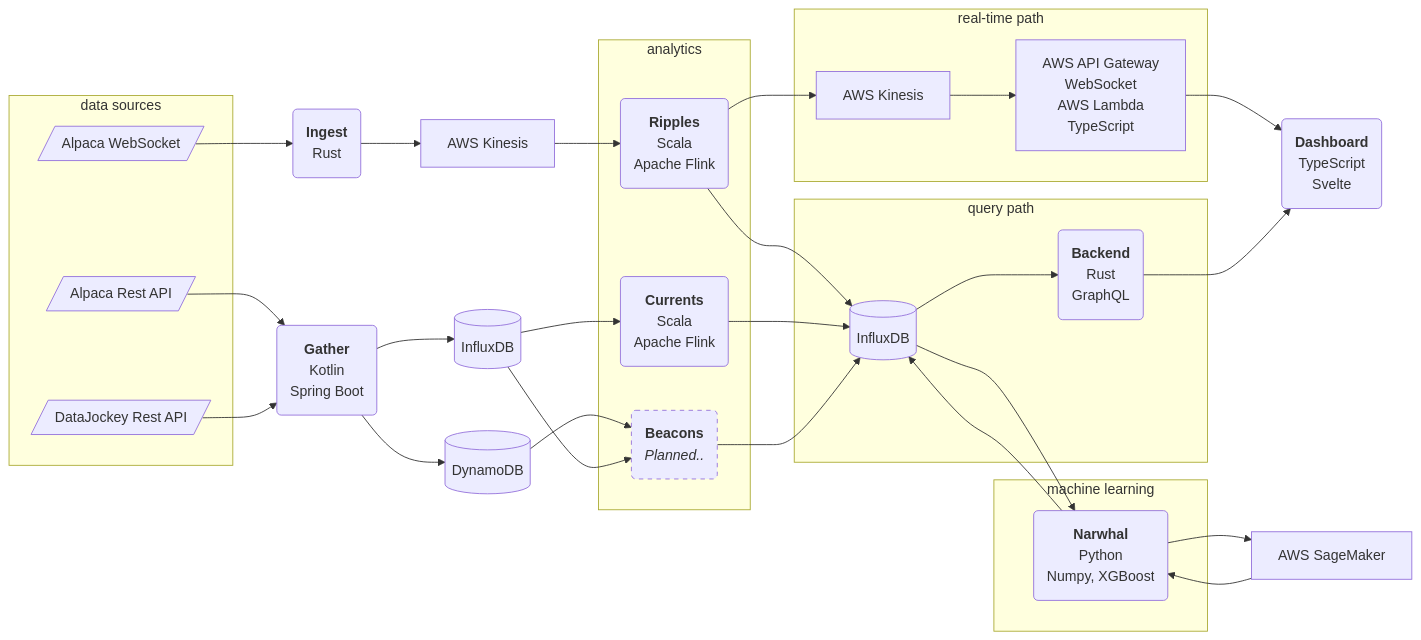
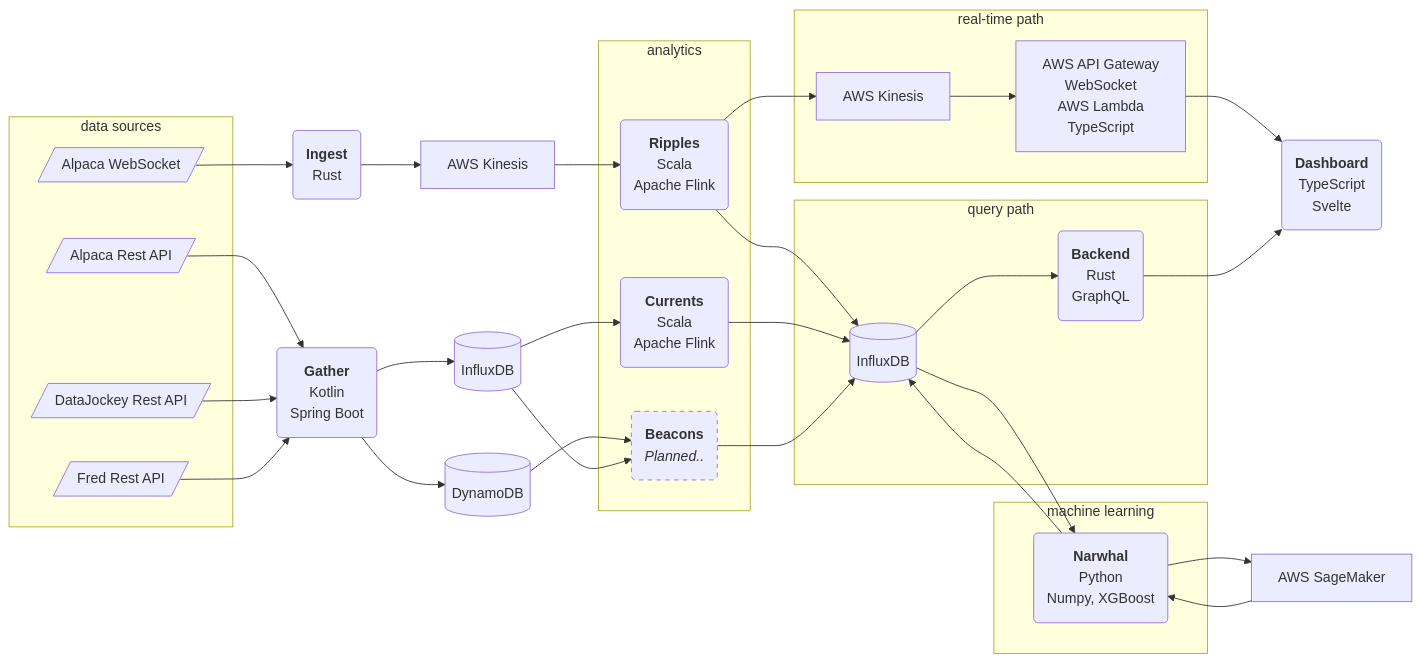
The diagram in readme.md (anzo-p/stream-lines), drawn with Mermaid before and after one commit. The commit also changed 1 other file, not shown here.

Commit message:
small readme additions

```diff
--- a/readme.md
+++ b/readme.md
@@ -9,6 +9,7 @@
   alpacaWebSocket[/"Alpaca WebSocket"/]
   alpacaRestApi[/"Alpaca Rest API"/]
   datajockeyRestApi[/"DataJockey Rest API"/]
+  fredRestApi[/"Fred Rest API"/]
 
   %% persistence
   influxdbUpstream[(InfluxDB)]
@@ -66,6 +67,7 @@
     alpacaWebSocket
     alpacaRestApi
     datajockeyRestApi
+    fredRestApi
   end
 
   alpacaWebSocket --> ingest
@@ -76,6 +78,7 @@
 
   alpacaRestApi --> gather
   datajockeyRestApi --> gather
+  fredRestApi --> gather
   gather --> influxdbUpstream
   influxdbUpstream --> currents
   currents --> influxdbDownstream
```
